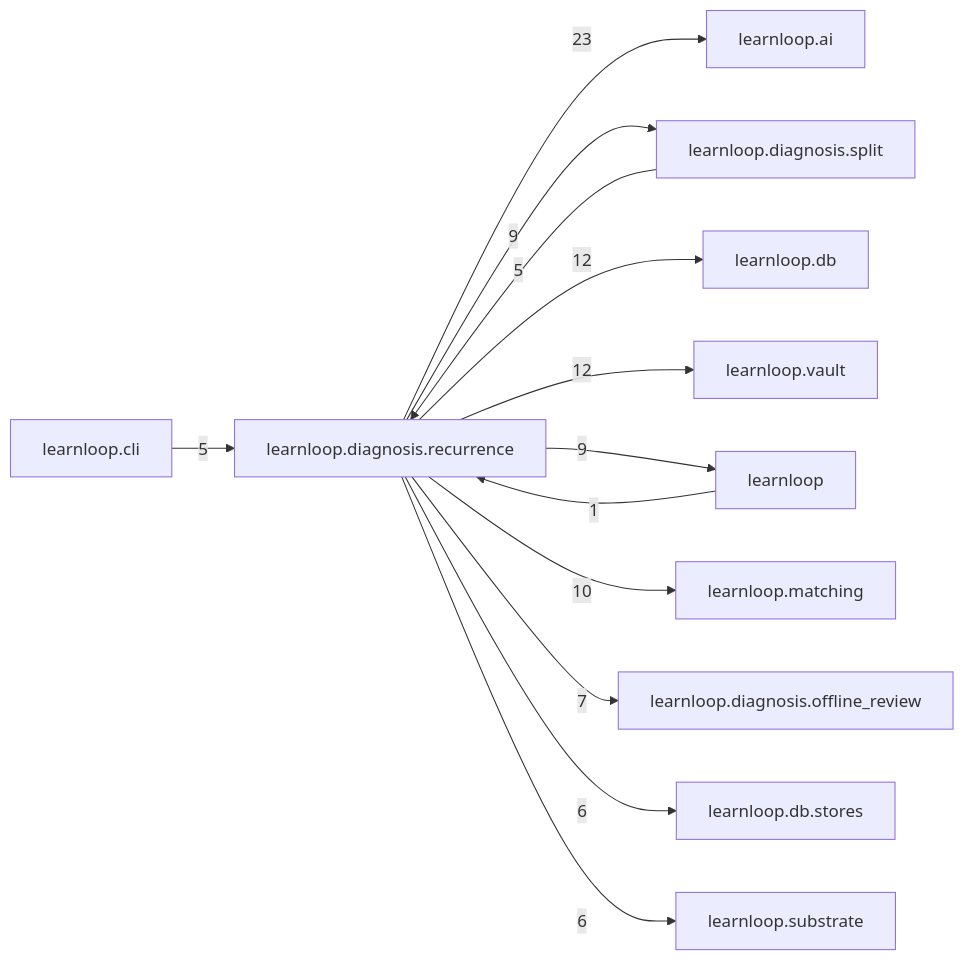
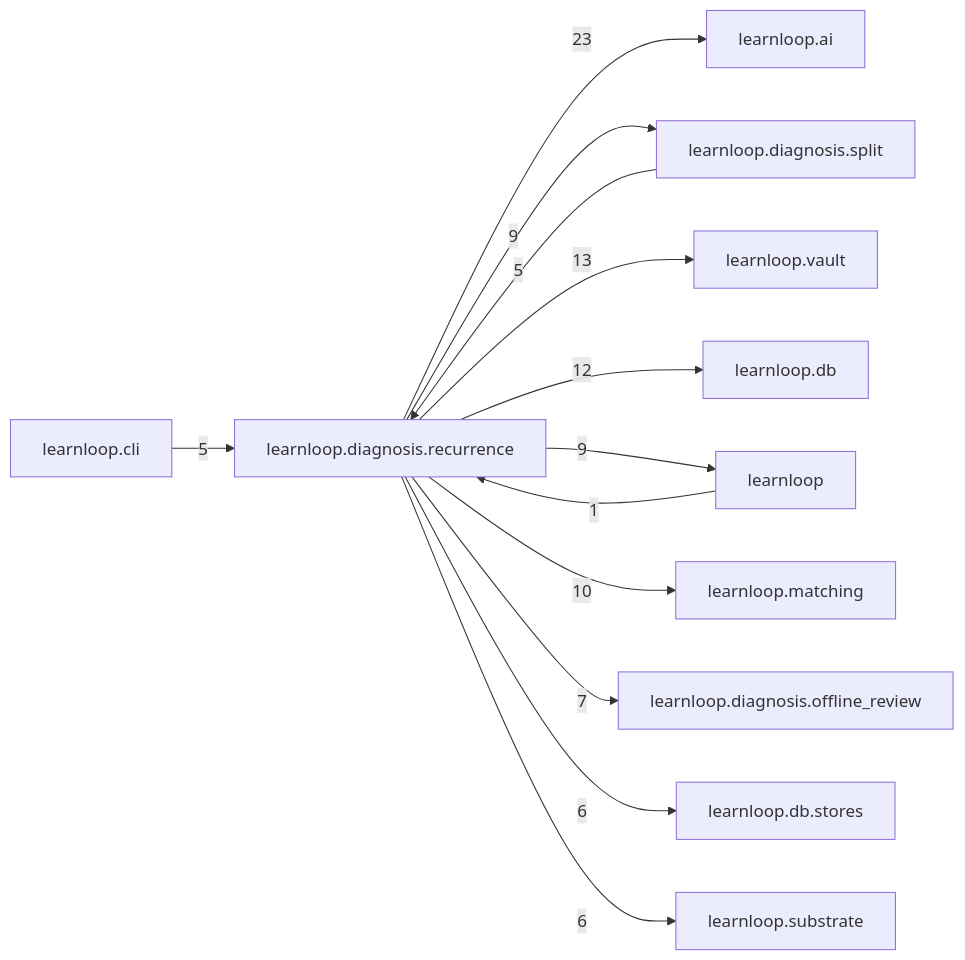
Before and after one commit to 6up-b/learnanything: the diagram in docs/learnloop-architecture-vault/Reference/Modules/learnloop/diagnosis/recurrence/_package.md, drawn with Mermaid. The commit also changed other lines of this file and 209 other files, not shown here.

````diff
--- a/docs/learnloop-architecture-vault/Reference/Modules/learnloop/diagnosis/recurrence/_package.md
+++ b/docs/learnloop-architecture-vault/Reference/Modules/learnloop/diagnosis/recurrence/_package.md
@@ -99,26 +99,26 @@
 ```mermaid
 flowchart LR
     center["learnloop.diagnosis.recurrence"]
     n_learnloop_ai["learnloop.ai"]
     n_learnloop_diagnosis_split["learnloop.diagnosis.split"]
+    n_learnloop_vault["learnloop.vault"]
     n_learnloop_db["learnloop.db"]
-    n_learnloop_vault["learnloop.vault"]
     n_learnloop["learnloop"]
     n_learnloop_matching["learnloop.matching"]
     n_learnloop_diagnosis_offline_review["learnloop.diagnosis.offline_review"]
     n_learnloop_db_stores["learnloop.db.stores"]
     n_learnloop_substrate["learnloop.substrate"]
     n_learnloop_cli["learnloop.cli"]
     center -->|23| n_learnloop_ai
     n_learnloop_diagnosis_split -->|5| center
     center -->|9| n_learnloop_diagnosis_split
+    center -->|13| n_learnloop_vault
     center -->|12| n_learnloop_db
-    center -->|12| n_learnloop_vault
     n_learnloop -->|1| center
     center -->|9| n_learnloop
     center -->|10| n_learnloop_matching
     center -->|7| n_learnloop_diagnosis_offline_review
     center -->|6| n_learnloop_db_stores
     center -->|6| n_learnloop_substrate
     n_learnloop_cli -->|5| center
 ```
````
